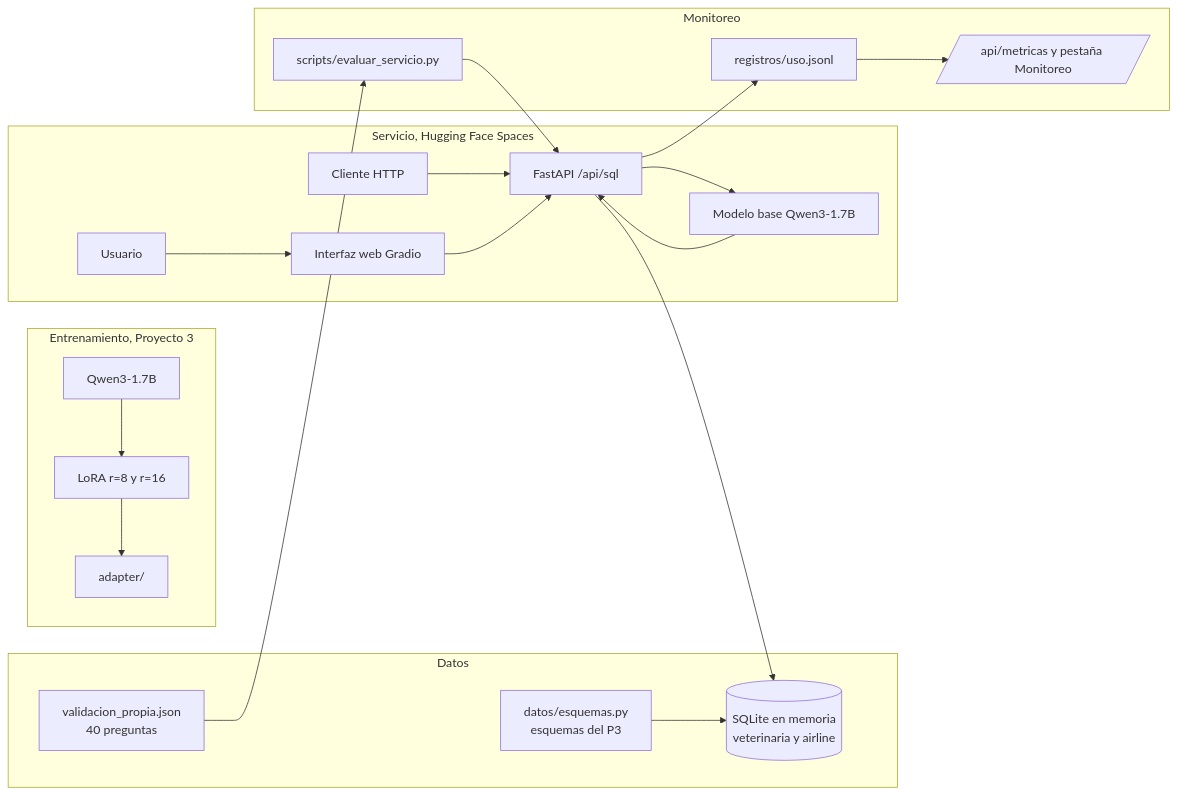
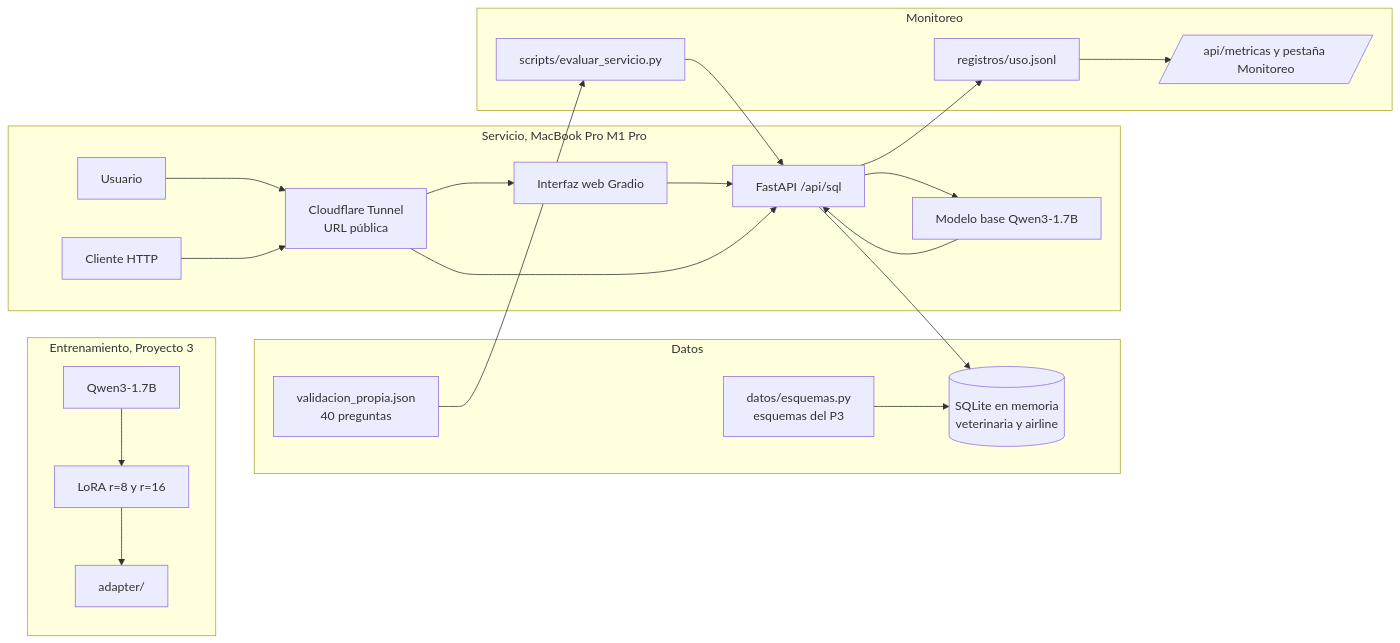
One commit to GenserDev/deep-final changed the diagram in README.md. Above: the diagram before and after it, drawn with Mermaid. The commit also changed other lines of this file, not shown here.

Commit message:
docs: despliegue con cloudflare tunnel y resultados de las hipotesis

````diff
--- a/README.md
+++ b/README.md
@@ -103,25 +127,27 @@
 ```mermaid
 flowchart LR
     subgraph Datos
         E[datos/esquemas.py<br>esquemas del P3] --> B[(SQLite en memoria<br>veterinaria y airline)]
         V[validacion_propia.json<br>40 preguntas]
     end
     subgraph Entrenamiento [Entrenamiento, Proyecto 3]
         Q[Qwen3-1.7B] --> L[LoRA r=8 y r=16]
         L --> AD[adapter/]
     end
-    subgraph Servicio [Servicio, Hugging Face Spaces]
-        U[Usuario] --> W[Interfaz web Gradio]
-        C[Cliente HTTP] --> API[FastAPI /api/sql]
-        W --> API
+    subgraph Servicio [Servicio, MacBook Pro M1 Pro]
+        U[Usuario] --> T
+        C[Cliente HTTP] --> T
+        W[Interfaz web Gradio] --> API[FastAPI /api/sql]
         API --> M[Modelo base Qwen3-1.7B]
         M --> API
         API --> B
+        T[Cloudflare Tunnel<br>URL pública] --> W
+        T --> API
     end
     subgraph Monitoreo
         API --> R[registros/uso.jsonl]
         R --> MT[/api/metricas y pestaña Monitoreo/]
         V --> EV[scripts/evaluar_servicio.py]
         EV --> API
     end
 ```
````
